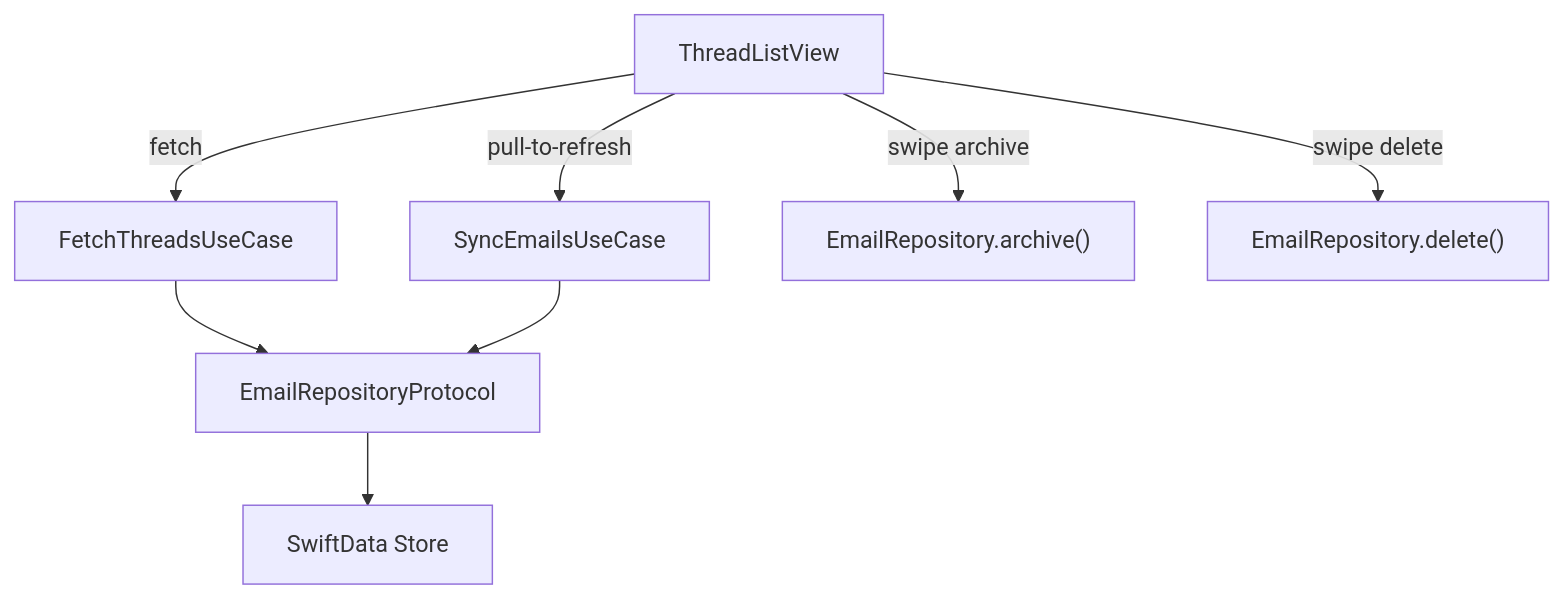
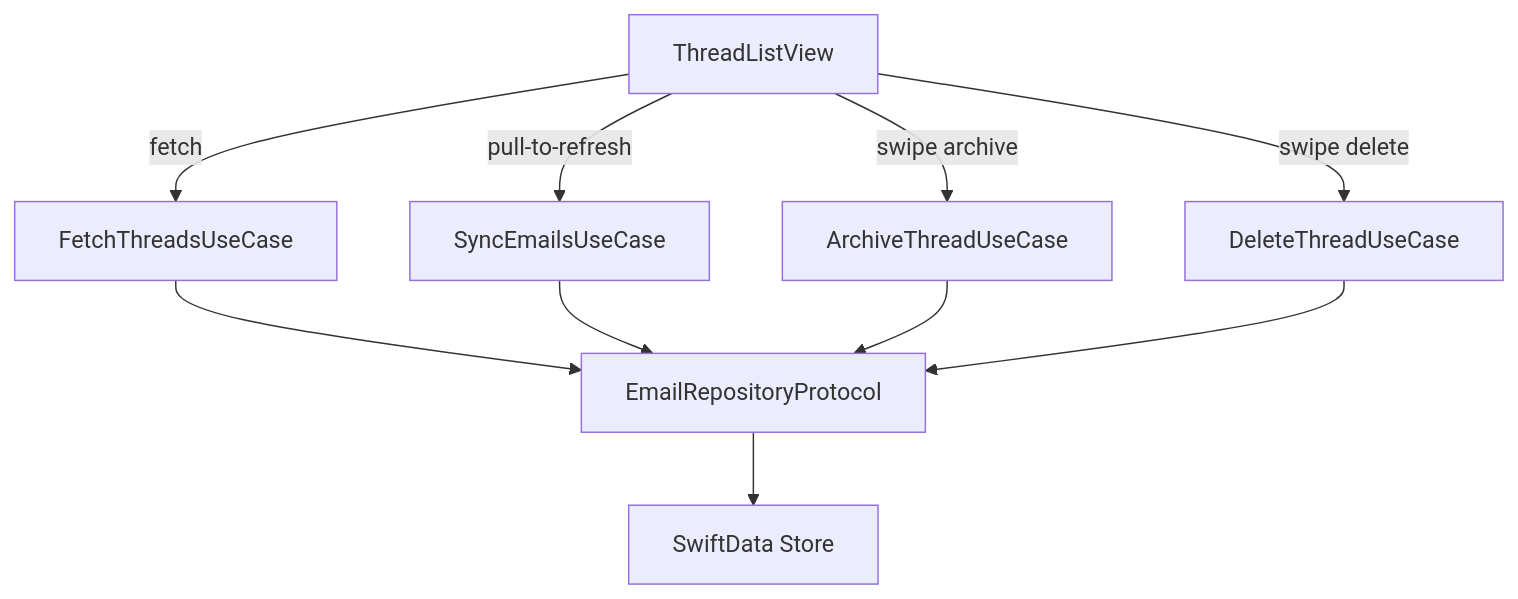
Before and after one commit to VishnuBishnoi/VaultMail: the second of 2 diagrams in docs/features/thread-list/spec.md, drawn with Mermaid. The commit also changed other lines of this file, not shown here.

First line of the commit message:
docs(thread-list): fix post-lock compliance issues (v1.1.0 → v1.2.0)

````diff
--- a/docs/features/thread-list/spec.md
+++ b/docs/features/thread-list/spec.md
@@ -303,10 +307,12 @@
 ```mermaid
 flowchart TD
     TLV["ThreadListView"] -->|fetch| FTU["FetchThreadsUseCase"]
     TLV -->|pull-to-refresh| SEU["SyncEmailsUseCase"]
-    TLV -->|swipe archive| ER["EmailRepository.archive()"]
-    TLV -->|swipe delete| ER2["EmailRepository.delete()"]
+    TLV -->|swipe archive| ATU["ArchiveThreadUseCase"]
+    TLV -->|swipe delete| DTU["DeleteThreadUseCase"]
     FTU --> REPO["EmailRepositoryProtocol"]
     SEU --> REPO
+    ATU --> REPO
+    DTU --> REPO
     REPO --> SD["SwiftData Store"]
 ```
````
